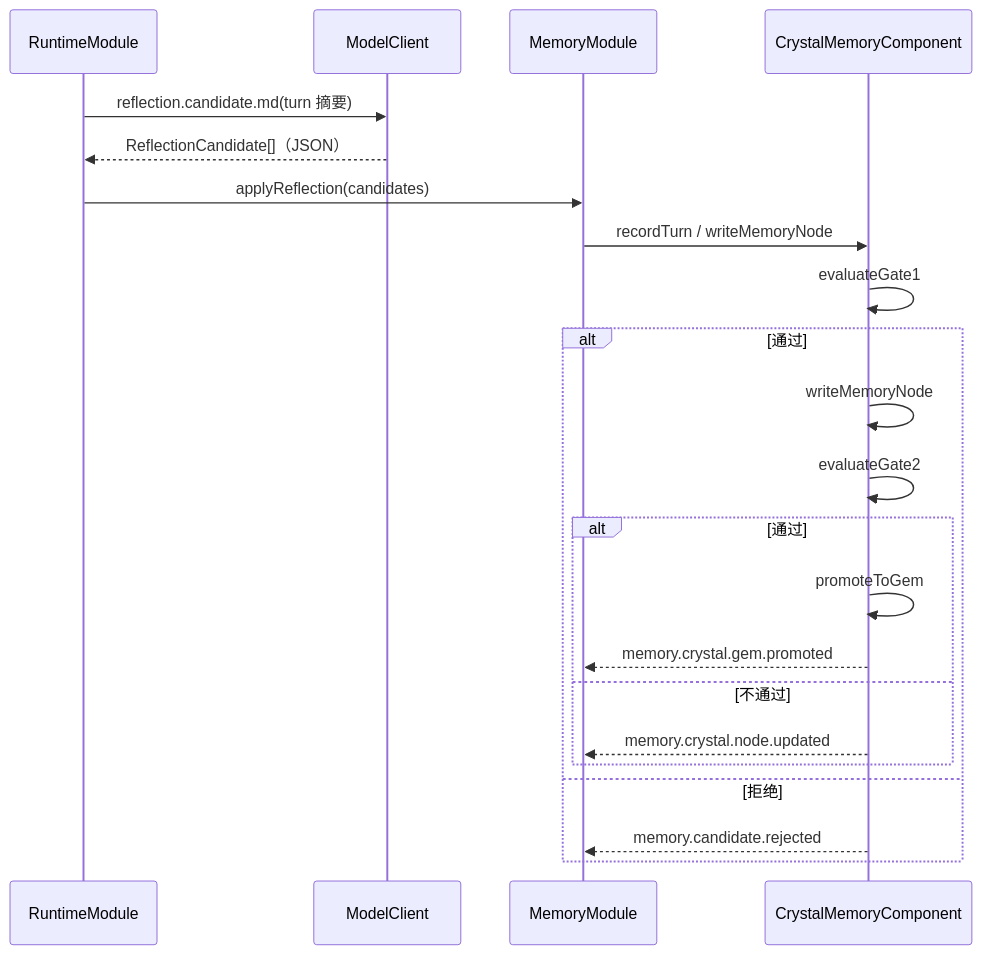
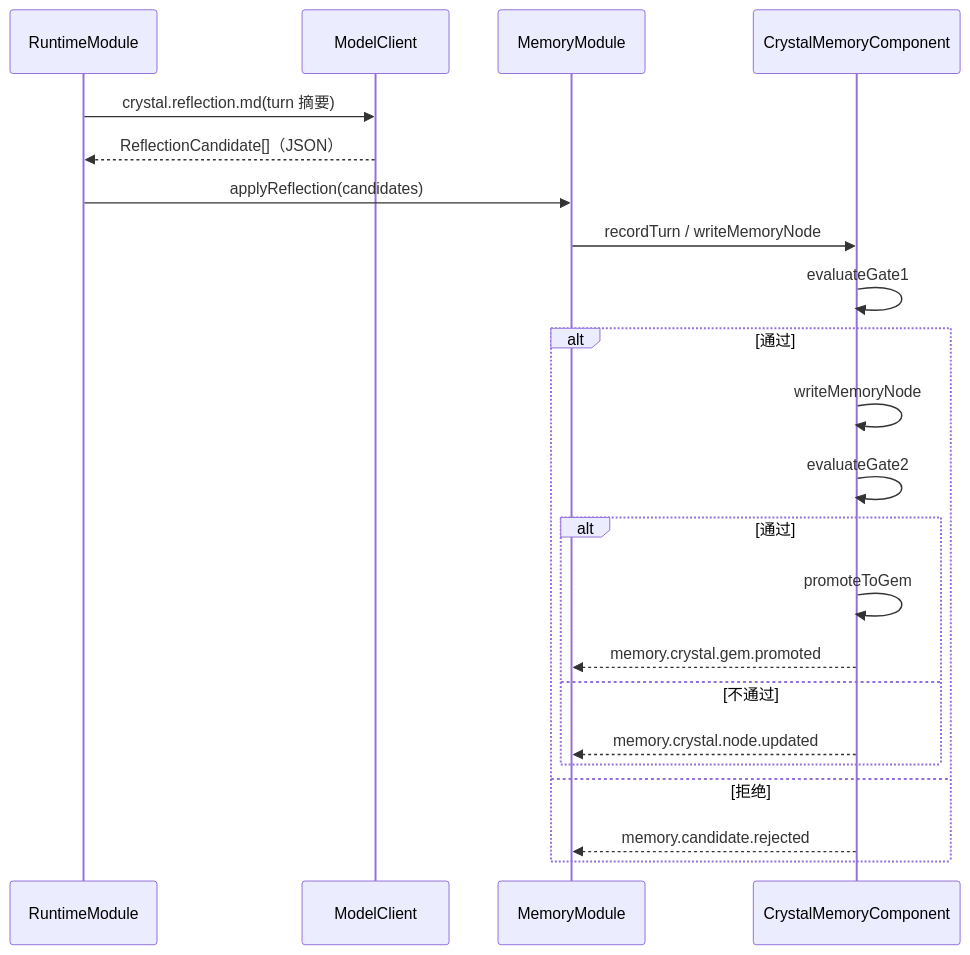
One commit to flyflor/flyflor changed the third of 3 diagrams in docs/crystal.reflection.md. Above: the diagram before and after it, drawn with Mermaid. The commit also changed other lines of this file and 150 other files, not shown here.

Commit message:
Align component architecture and context memory flows

````diff
--- a/docs/crystal.reflection.md
+++ b/docs/crystal.reflection.md
@@ -69,24 +71,24 @@
 ```mermaid
 sequenceDiagram
     participant RT as RuntimeModule
     participant LLM as ModelClient
     participant Mem as MemoryModule
     participant CR as CrystalMemoryComponent
-    RT->>LLM: reflection.candidate.md(turn 摘要)
+    RT->>LLM: crystal.reflection.md(turn 摘要)
     LLM-->>RT: ReflectionCandidate[]（JSON）
     RT->>Mem: applyReflection(candidates)
     Mem->>CR: recordTurn / writeMemoryNode
     CR->>CR: evaluateGate1
     alt 通过
         CR->>CR: writeMemoryNode
         CR->>CR: evaluateGate2
         alt 通过
             CR->>CR: promoteToGem
             CR-->>Mem: memory.crystal.gem.promoted
         else 不通过
             CR-->>Mem: memory.crystal.node.updated
         end
     else 拒绝
         CR-->>Mem: memory.candidate.rejected
     end
 ```
````
